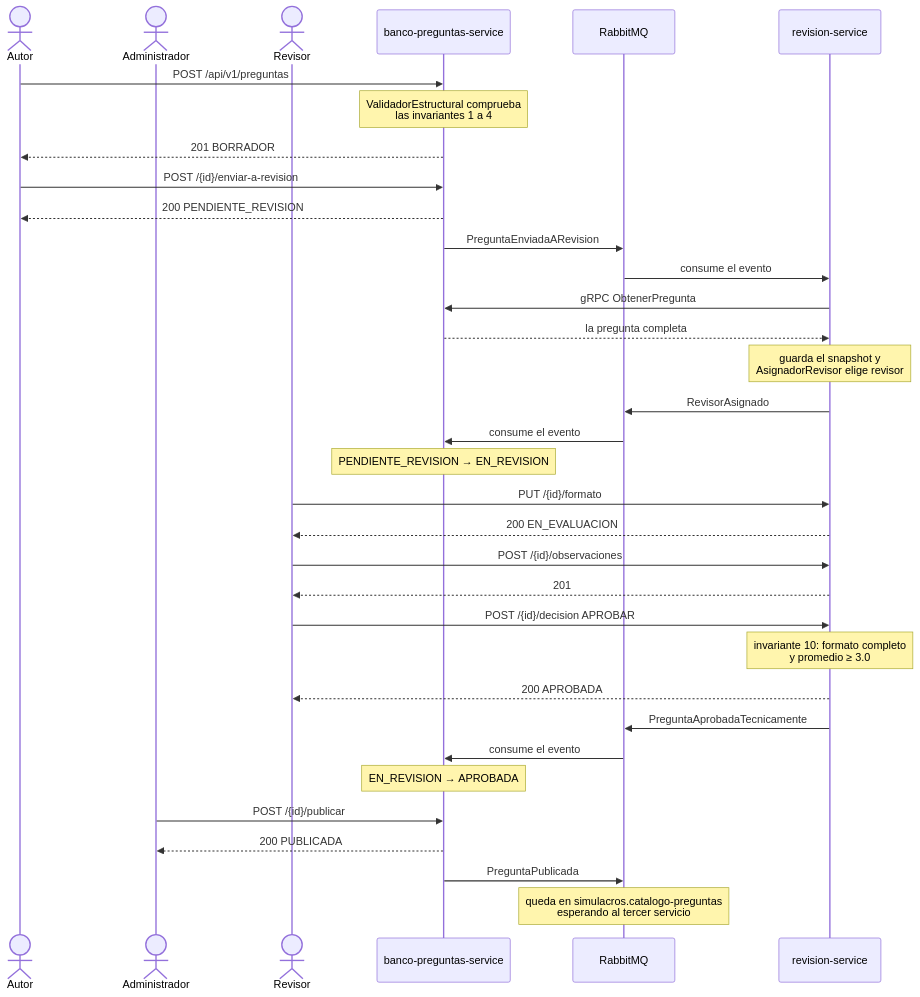
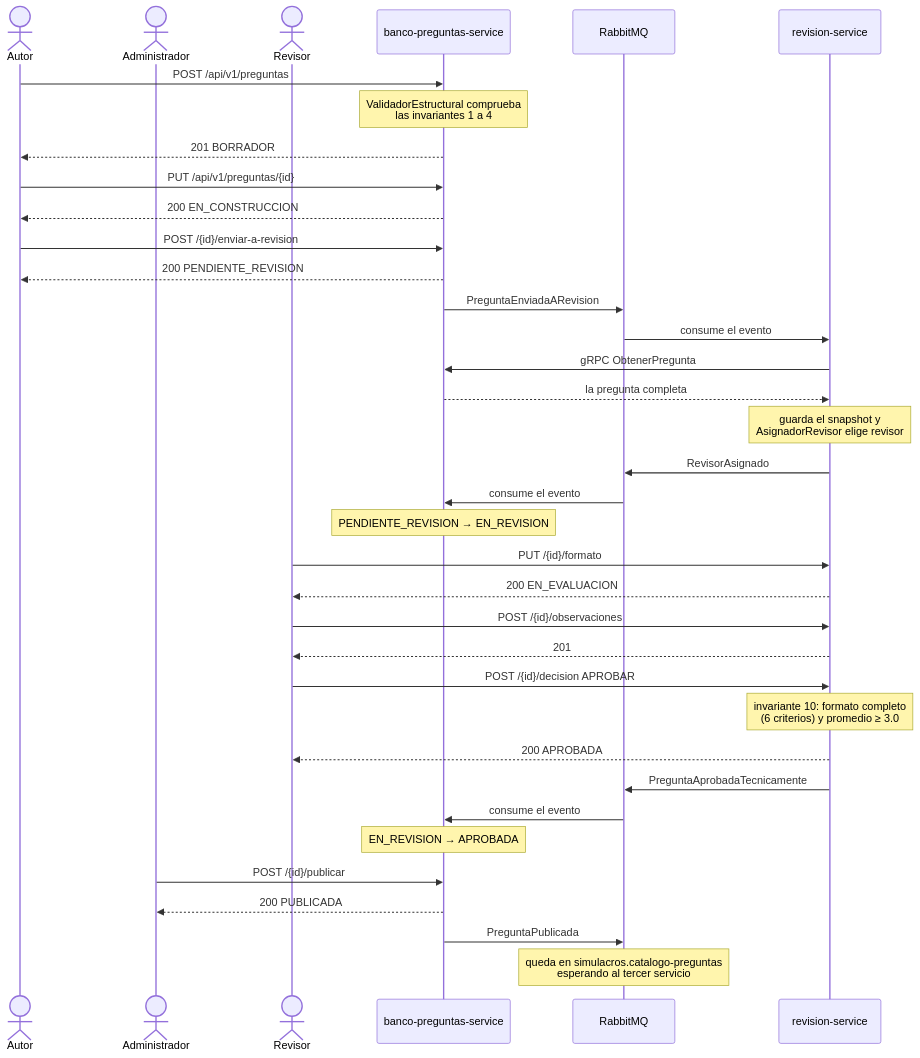
One commit to henersson/MicroServicios changed the first of 2 diagrams in docs/flujo-e2e.md. Above: the diagram before and after it, drawn with Mermaid. The commit also changed other lines of this file and 38 other files, not shown here.

````diff
--- a/docs/flujo-e2e.md
+++ b/docs/flujo-e2e.md
@@ -9,42 +9,45 @@
 ```mermaid
 sequenceDiagram
     actor Autor
     actor Admin as Administrador
     actor Revisor
     participant B as banco-preguntas-service
     participant MQ as RabbitMQ
     participant R as revision-service
 
     Autor->>B: POST /api/v1/preguntas
     Note over B: ValidadorEstructural comprueba<br/>las invariantes 1 a 4
     B-->>Autor: 201 BORRADOR
+
+    Autor->>B: PUT /api/v1/preguntas/{id}
+    B-->>Autor: 200 EN_CONSTRUCCION
 
     Autor->>B: POST /{id}/enviar-a-revision
     B-->>Autor: 200 PENDIENTE_REVISION
     B->>MQ: PreguntaEnviadaARevision
 
     MQ->>R: consume el evento
     R->>B: gRPC ObtenerPregunta
     B-->>R: la pregunta completa
     Note over R: guarda el snapshot y<br/>AsignadorRevisor elige revisor
     R->>MQ: RevisorAsignado
     MQ->>B: consume el evento
     Note over B: PENDIENTE_REVISION → EN_REVISION
 
     Revisor->>R: PUT /{id}/formato
     R-->>Revisor: 200 EN_EVALUACION
     Revisor->>R: POST /{id}/observaciones
     R-->>Revisor: 201
     Revisor->>R: POST /{id}/decision APROBAR
-    Note over R: invariante 10: formato completo<br/>y promedio ≥ 3.0
+    Note over R: invariante 10: formato completo<br/>(6 criterios) y promedio ≥ 3.0
     R-->>Revisor: 200 APROBADA
     R->>MQ: PreguntaAprobadaTecnicamente
 
     MQ->>B: consume el evento
     Note over B: EN_REVISION → APROBADA
 
     Admin->>B: POST /{id}/publicar
     B-->>Admin: 200 PUBLICADA
     B->>MQ: PreguntaPublicada
     Note over MQ: queda en simulacros.catalogo-preguntas<br/>esperando al tercer servicio
 ```
````
